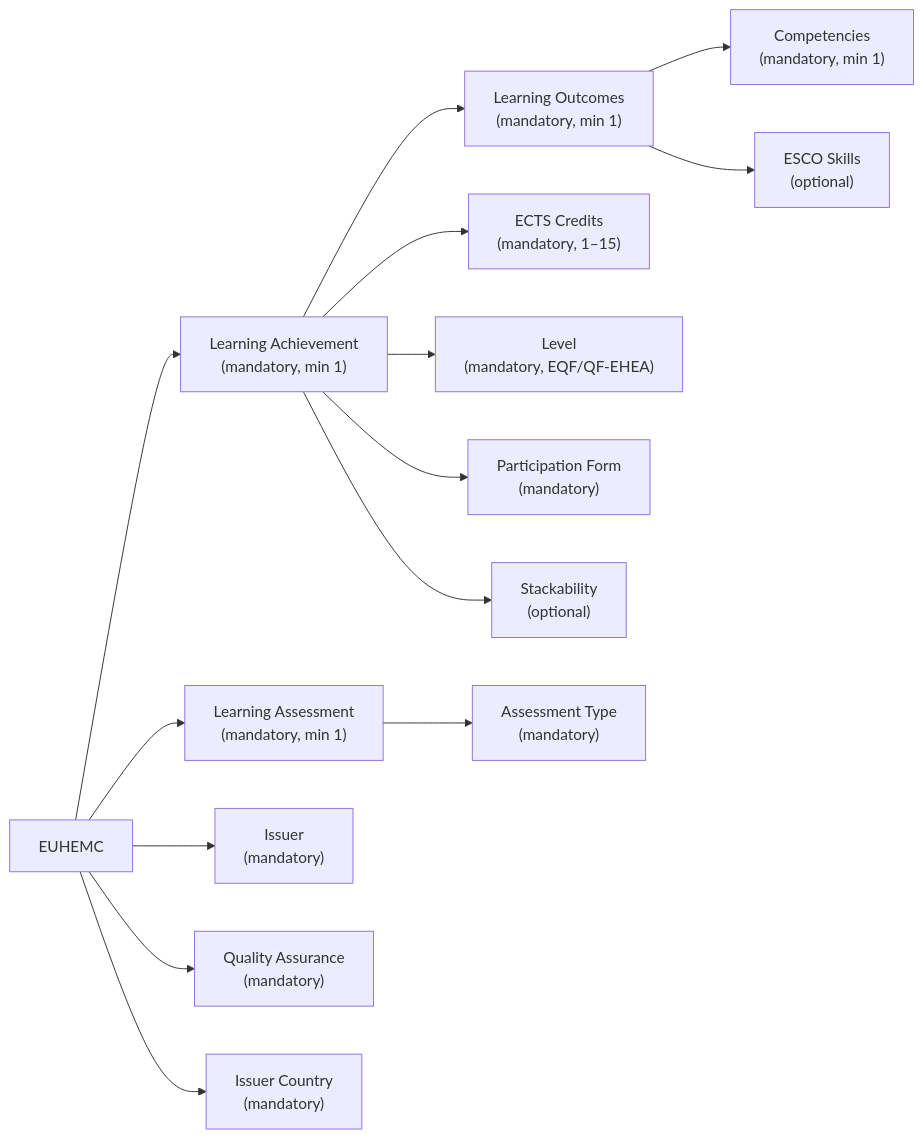
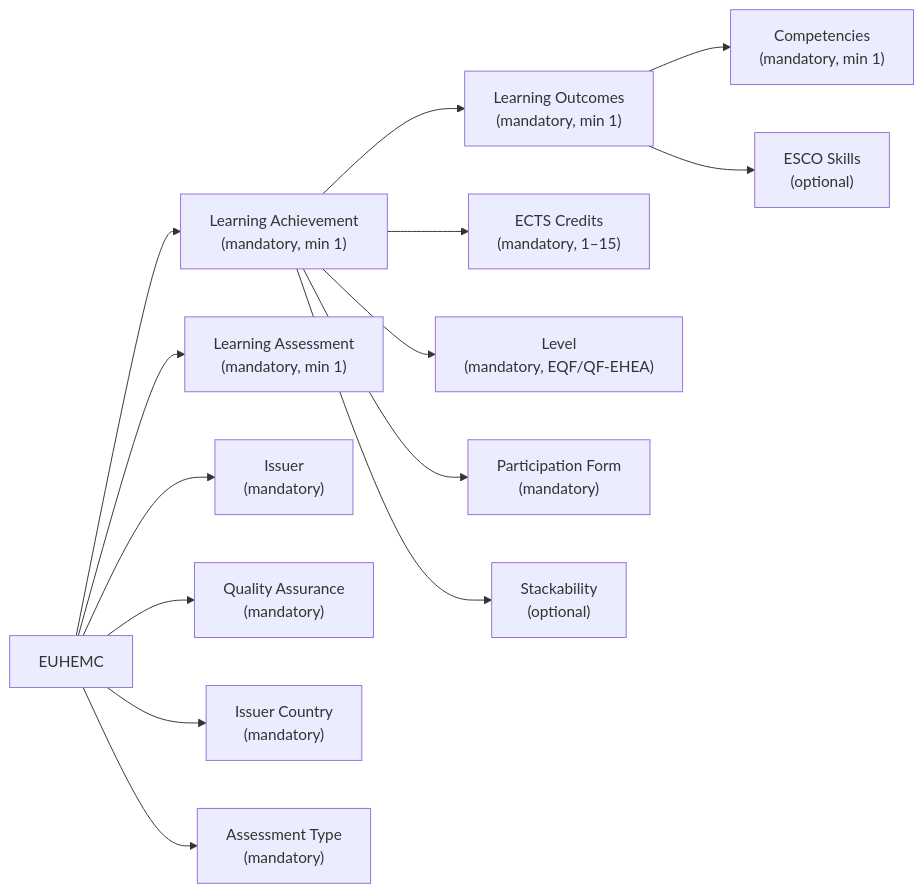
Before and after one commit to dc4eu/educational-pilot: the diagram in sectorial-eaa-catalogue/formal-education/business/highereducation-microcredential.md, drawn with Mermaid.

````diff
--- a/sectorial-eaa-catalogue/formal-education/business/highereducation-microcredential.md
+++ b/sectorial-eaa-catalogue/formal-education/business/highereducation-microcredential.md
@@ -52,16 +52,16 @@
 ```mermaid
 flowchart LR
     A["EUHEMC"] --> B["Learning Achievement<br>(mandatory, min 1)"]
     A --> C["Learning Assessment<br>(mandatory, min 1)"]
     A --> D["Issuer<br>(mandatory)"]
     A --> E["Quality Assurance<br>(mandatory)"]
     A --> F["Issuer Country<br>(mandatory)"]
+    A --> L["Assessment Type<br>(mandatory)"]
     B --> G["Learning Outcomes<br>(mandatory, min 1)"]
     B --> H["ECTS Credits<br>(mandatory, 1–15)"]
     B --> I["Level<br>(mandatory, EQF/QF-EHEA)"]
     B --> J["Participation Form<br>(mandatory)"]
     B --> K["Stackability<br>(optional)"]
-    C --> L["Assessment Type<br>(mandatory)"]
     G --> M["Competencies<br>(mandatory, min 1)"]
     G --> N["ESCO Skills<br>(optional)"]
 ```
````
